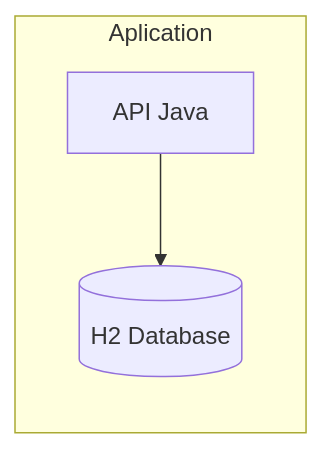
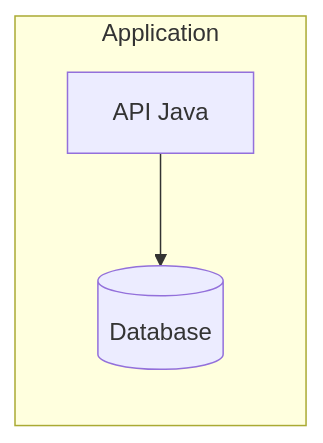
The diagram in README.md (lettymoon/api-microservice-java), drawn with Mermaid before and after one commit. The commit also changed other lines of this file and 1 other file, not shown here.

````diff
--- a/README.md
+++ b/README.md
@@ -33,9 +40,9 @@
 ```mermaid
 graph TD
-    subgraph Aplication
+    subgraph Application
         direction TB
         JavaApp["API Java"]
-        H2Database[("H2 Database")]
+        H2Database[("Database")]
         JavaApp --> H2Database
     end
 ```
````
